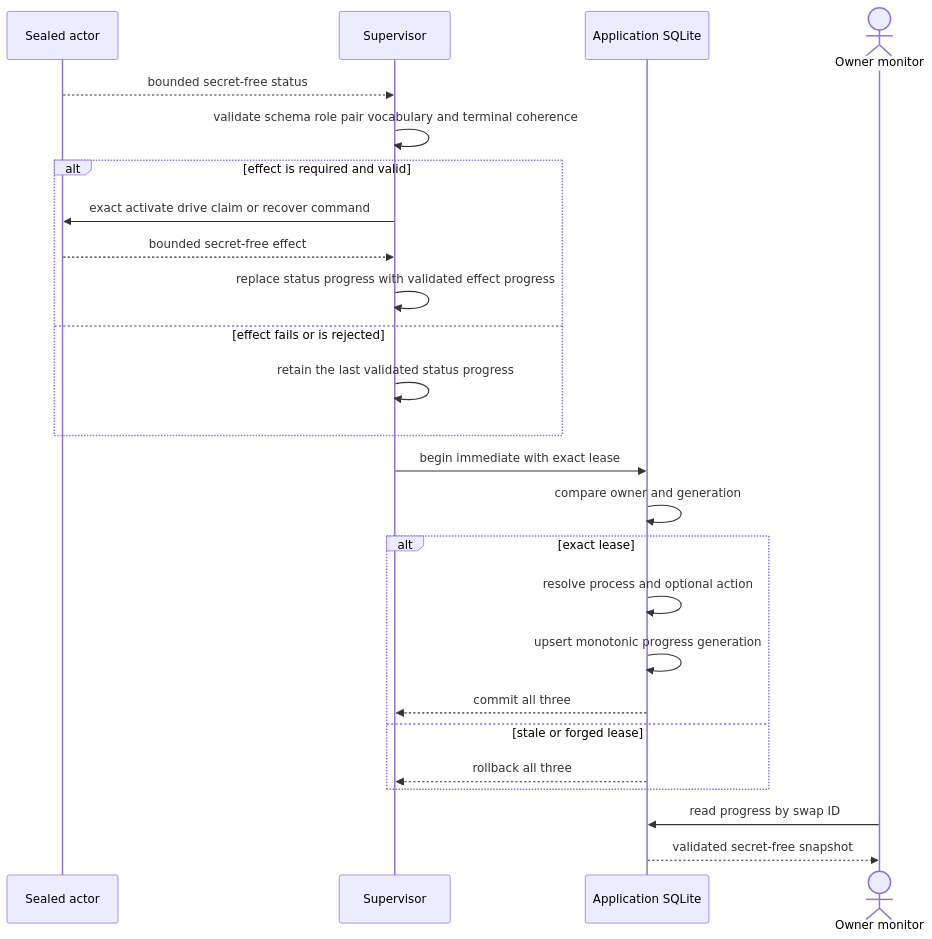
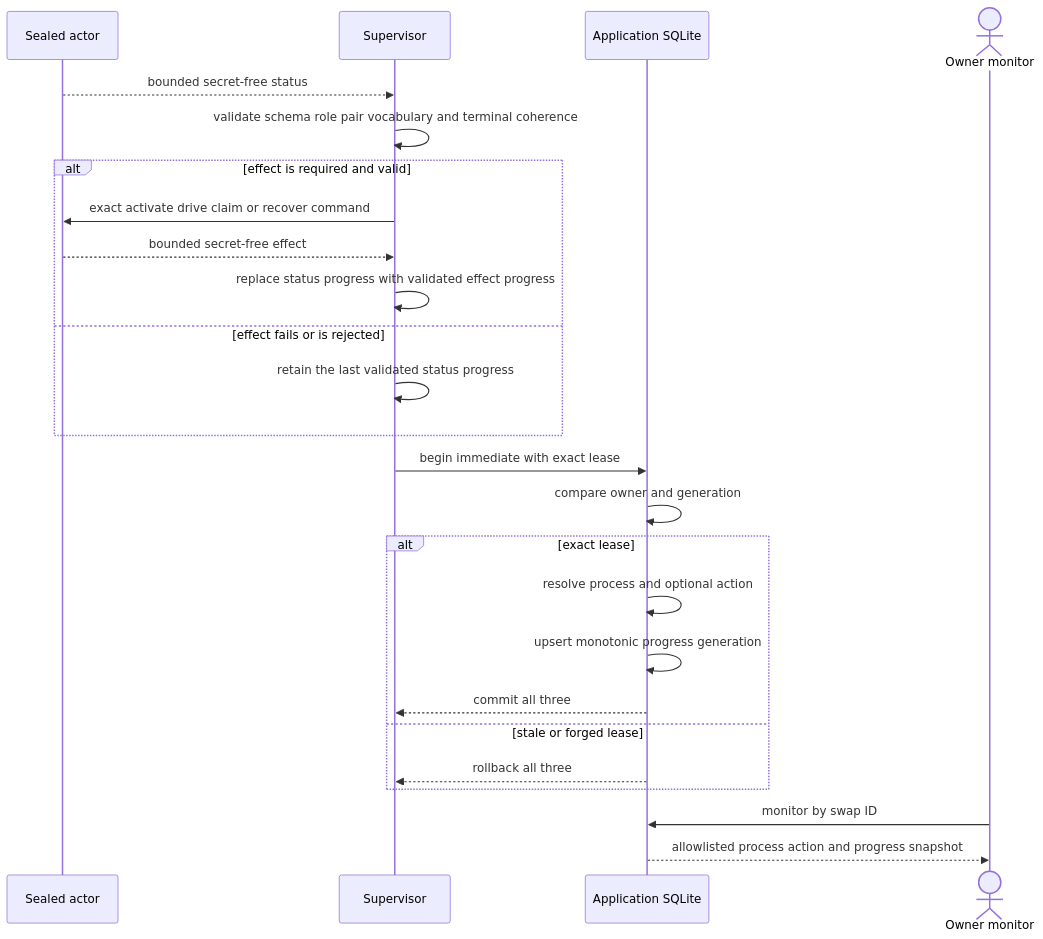
Before and after one commit to gateway-fm/lez-atomic-swaps: the second of 2 diagrams in docs/architecture/0104-commit-actor-progress-with-fenced-resolution.md, drawn with Mermaid. The commit also changed other lines of this file and 16 other files, not shown here.

````diff
--- a/docs/architecture/0104-commit-actor-progress-with-fenced-resolution.md
+++ b/docs/architecture/0104-commit-actor-progress-with-fenced-resolution.md
@@ -57,28 +58,28 @@
 ```mermaid
 sequenceDiagram
     participant A as Sealed actor
     participant S as Supervisor
     participant DB as Application SQLite
     actor O as Owner monitor
 
     A-->>S: bounded secret-free status
     S->>S: validate schema role pair vocabulary and terminal coherence
     alt effect is required and valid
         S->>A: exact activate drive claim or recover command
         A-->>S: bounded secret-free effect
         S->>S: replace status progress with validated effect progress
     else effect fails or is rejected
         S->>S: retain the last validated status progress
     end
     S->>DB: begin immediate with exact lease
     DB->>DB: compare owner and generation
     alt exact lease
         DB->>DB: resolve process and optional action
         DB->>DB: upsert monotonic progress generation
         DB-->>S: commit all three
     else stale or forged lease
         DB-->>S: rollback all three
     end
-    O->>DB: read progress by swap ID
-    DB-->>O: validated secret-free snapshot
+    O->>DB: monitor by swap ID
+    DB-->>O: allowlisted process action and progress snapshot
 ```
````
